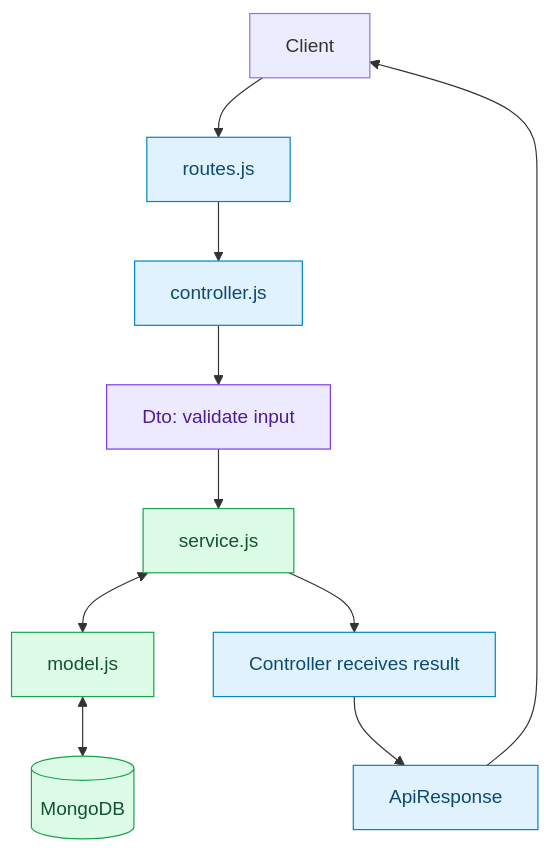
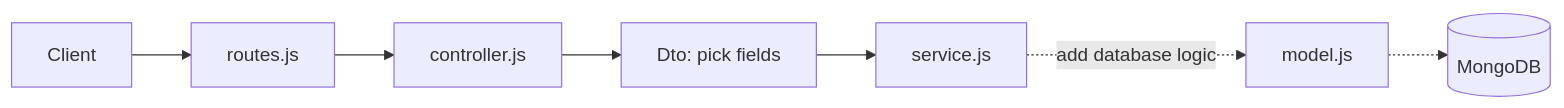
The diagram in README.md (real-VrajSoni/express-mongo-start), drawn with Mermaid before and after one commit. The commit also changed other lines of this file and 33 other files, not shown here.

````diff
--- a/README.md
+++ b/README.md
@@ -247,19 +125,9 @@
 ```mermaid
-flowchart TD
-    Client[Client] --> Routes[routes.js]
-    Routes --> Controller[controller.js]
-    Controller --> DTO[Dto: validate input]
-    DTO --> Service[service.js]
-    Service <--> Model[model.js]
-    Model <--> DB[(MongoDB)]
-    Service --> Result[Controller receives result]
-    Result --> Response[ApiResponse]
-    Response --> Client
-
-    classDef api fill:#e0f2fe,stroke:#0284c7,color:#0c4a6e;
-    classDef input fill:#ede9fe,stroke:#7c3aed,color:#4c1d95;
-    classDef data fill:#dcfce7,stroke:#16a34a,color:#14532d;
-    class Routes,Controller,Result,Response api;
-    class DTO input;
-    class Service,Model,DB data;
+flowchart LR
+    A[Client] --> B[routes.js]
+    B --> C[controller.js]
+    C --> D[Dto: pick fields]
+    D --> E[service.js]
+    E -. add database logic .-> F[model.js]
+    F -.-> G[(MongoDB)]
 ```
````
